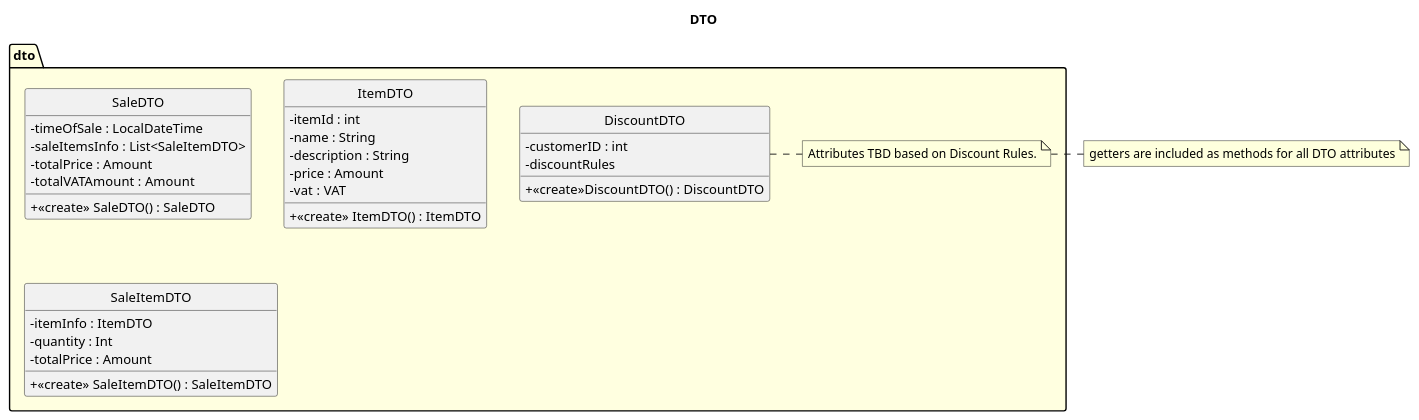
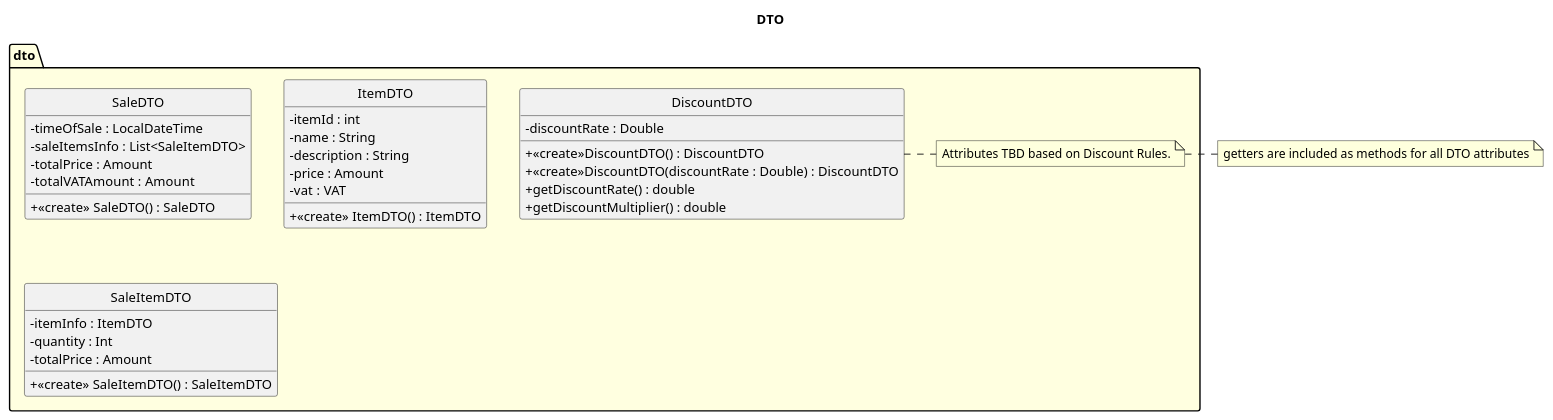
One commit to blomquiste/kth-iv1350-POS changed the second of 8 diagrams in uml/uml_v3.puml. Above: the diagram before and after it, drawn with PlantUML. The commit also changed other lines of this file and 7 other files, not shown here.

First line of the commit message:
SaleInfo and DTO, Discount and UML (#21)

```diff
--- a/uml/uml_v3.puml
+++ b/uml/uml_v3.puml
@@ -202,42 +209,45 @@
 @startuml
 title DTO
 ' //TODO Ska vi ha en customerDTO och customerDb?
 hide circle
 skinparam ClassAttributeIconSize 0
 skinparam linetype ortho
 skinparam package {
     BackgroundColor LightYellow
 }
     package dto {
         class SaleDTO{
             - timeOfSale : LocalDateTime
             - saleItemsInfo : List<SaleItemDTO>
             - totalPrice : Amount
             - totalVATAmount : Amount
             + <<create>> SaleDTO() : SaleDTO
         }
         class ItemDTO{
             - itemId : int
             - name : String
             - description : String
             - price : Amount
             - vat : VAT
             +<<create>> ItemDTO() : ItemDTO
         }
         class SaleItemDTO{
             - itemInfo : ItemDTO
             - quantity : Int
             - totalPrice : Amount
             + <<create>> SaleItemDTO() : SaleItemDTO
         }
         class DiscountDTO{
-'            //TODO STÄMMER EJ
 '            // TODO ska discount finnas med i SaleDTO?
-            -customerID : int
-            -discountRules
+'            -customerID : int
+'            -discountRules
+            - discountRate : Double
             +<<create>>DiscountDTO() : DiscountDTO
+            +<<create>>DiscountDTO(discountRate : Double) : DiscountDTO
+            + getDiscountRate() : double
+            + getDiscountMultiplier() : double
         }
         note right : Attributes TBD based on Discount Rules.
     }
 note left : getters are included as methods for all DTO attributes
 @enduml
```
